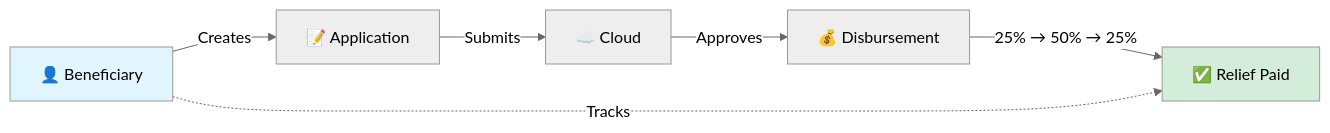
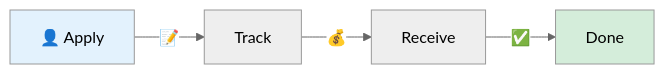
One commit to Anish-2005/Nyantra-Mobile changed the first of 3 diagrams in README.md. Above: the diagram before and after it, drawn with Mermaid (neutral theme). The commit also changed other lines of this file, not shown here.

````diff
--- a/README.md
+++ b/README.md
@@ -24,10 +20,8 @@
 ```mermaid
 graph LR
-    A[👤 Beneficiary] -->|Creates| B[📝 Application]
-    B -->|Submits| C[☁️ Cloud]
-    C -->|Approves| D[💰 Disbursement]
-    D -->|25% → 50% → 25%| E[✅ Relief Paid]
-    A -.->|Tracks| E
-    style A fill:#e1f5ff
-    style E fill:#d4edda
+    A[👤 Apply] -->|📝| B[Track]
+    B -->|💰| C[Receive]
+    C -->|✅| D[Done]
+    style A fill:#e3f2fd
+    style D fill:#d4edda
 ```
````
